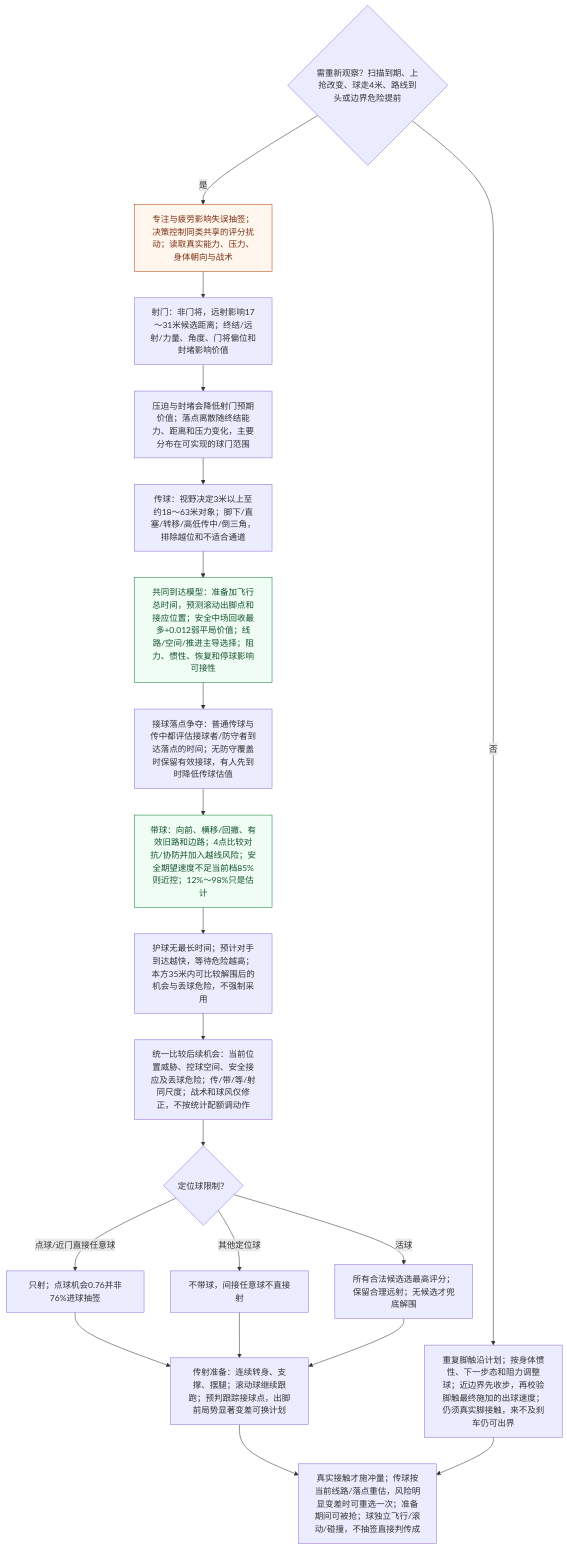
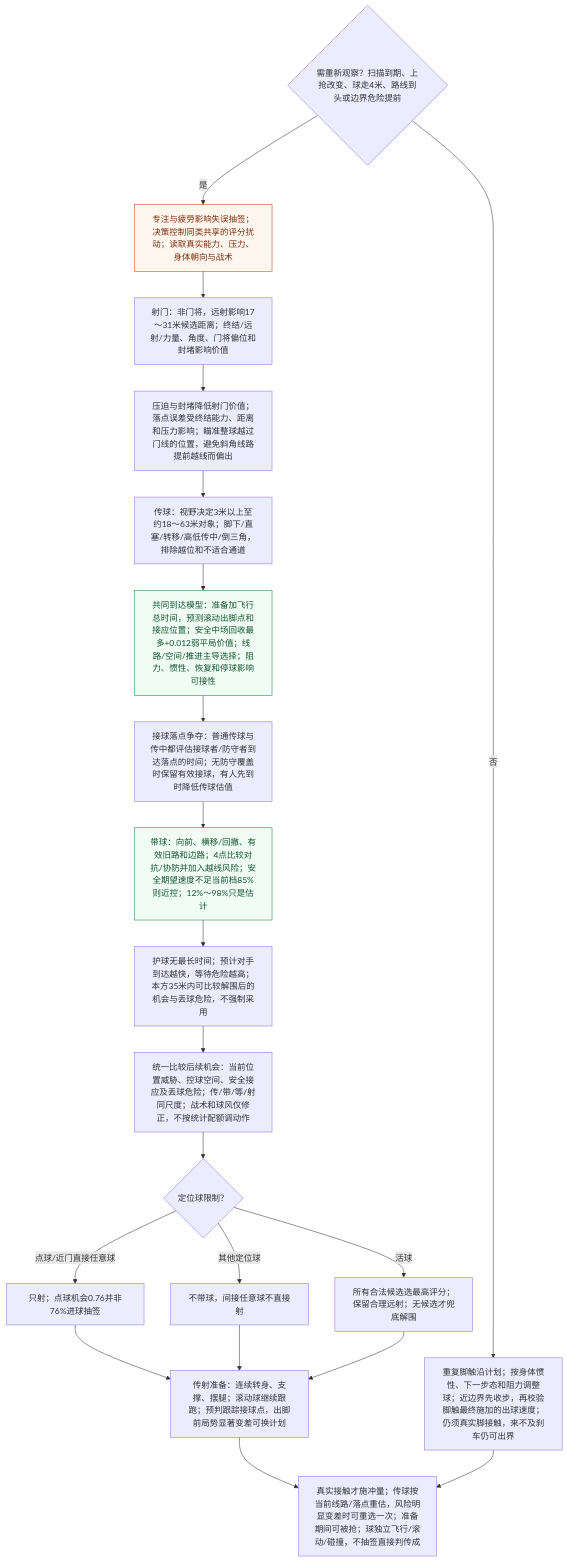
The fifth of 7 diagrams in packages/shared/modules/matches/design/PLAYER_DECISION_MAP.md (sixu3575/touchline-manager), drawn with Mermaid before and after one commit. The commit also changed other lines of this file and 14 other files, not shown here.

````diff
--- a/packages/shared/modules/matches/design/PLAYER_DECISION_MAP.md
+++ b/packages/shared/modules/matches/design/PLAYER_DECISION_MAP.md
@@ -185,26 +185,26 @@
 ```mermaid
 flowchart TD
   A0{"需重新观察？扫描到期、上抢改变、球走4米、路线到头或边界危险提前"} -->|否| AM["重复脚触沿计划；按身体惯性、下一步态和阻力调整球；近边界先收步，再校验脚触最终施加的出球速度；仍须真实脚接触，来不及刹车仍可出界"]
   A0 -->|是| A1["专注与疲劳影响失误抽签；决策控制同类共享的评分扰动；读取真实能力、压力、身体朝向与战术"]
   A1 --> AS["射门：非门将，远射影响17～31米候选距离；终结/远射/力量、角度、门将偏位和封堵影响价值"]
-  AS --> AS2["压迫与封堵会降低射门预期价值；落点离散随终结能力、距离和压力变化，主要分布在可实现的球门范围"]
+  AS --> AS2["压迫与封堵降低射门价值；落点误差受终结能力、距离和压力影响；瞄准整球越过门线的位置，避免斜角线路提前越线而偏出"]
   AS2 --> AP["传球：视野决定3米以上至约18～63米对象；脚下/直塞/转移/高低传中/倒三角，排除越位和不适合通道"]
   AP --> AR["共同到达模型：准备加飞行总时间，预测滚动出脚点和接应位置；安全中场回收最多+0.012弱平局价值；线路/空间/推进主导选择；阻力、惯性、恢复和停球影响可接性"]
   AR --> AT["接球落点争夺：普通传球与传中都评估接球者/防守者到达落点的时间；无防守覆盖时保留有效接球，有人先到时降低传球估值"]
   AT --> AC["带球：向前、横移/回撤、有效旧路和边路；4点比较对抗/协防并加入越线风险；安全期望速度不足当前档85%则近控；12%～98%只是估计"]
   AC --> AH["护球无最长时间；预计对手到达越快，等待危险越高；本方35米内可比较解围后的机会与丢球危险，不强制采用"]
   AH --> AV["统一比较后续机会：当前位置威胁、控球空间、安全接应及丢球危险；传/带/等/射同尺度；战术和球风仅修正，不按统计配额调动作"]
   AV --> AX{"定位球限制？"}
   AX -->|点球/近门直接任意球| AD["只射；点球机会0.76并非76%进球抽签"]
   AX -->|其他定位球| AF["不带球，间接任意球不直接射"]
   AX -->|活球| AB["所有合法候选选最高评分；保留合理远射；无候选才兜底解围"]
   AD --> AE["传射准备：连续转身、支撑、摆腿；滚动球继续跟跑；预判跟踪接球点，出脚前局势显著变差可换计划"]
   AF --> AE
   AB --> AE
   AE --> AK["真实接触才施冲量；传球按当前线路/落点重估，风险明显变差时可重选一次；准备期间可被抢；球独立飞行/滚动/碰撞，不抽签直接判传成"]
   AM --> AK
   classDef draw fill:#fff7ed,stroke:#c2410c,color:#7c2d12
   classDef estimate fill:#f0fdf4,stroke:#15803d,color:#14532d
   class A1 draw
   class AR,AC estimate
 ```
````
